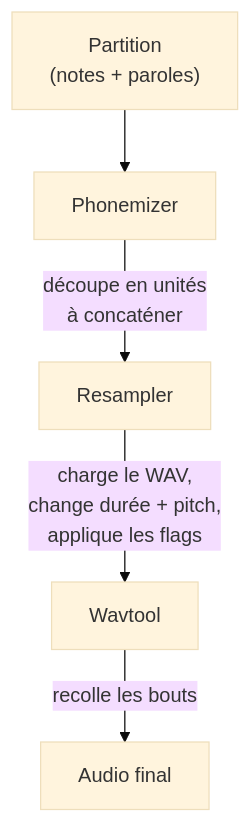
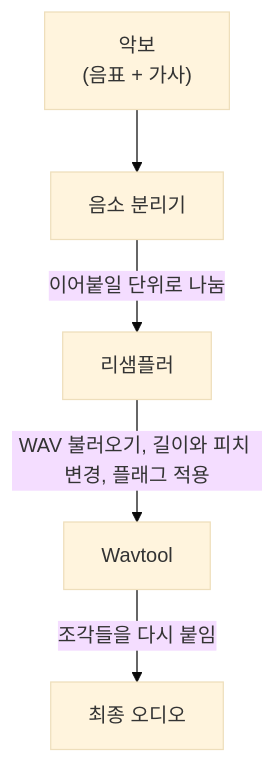
The second of 2 diagrams in public/articles/ko/utau.md (fox3000foxy/fox3000foxy.github.io), drawn with Mermaid (base theme) before and after one commit. The commit also changed other lines of this file and 576 other files, not shown here.

````diff
--- a/public/articles/ko/utau.md
+++ b/public/articles/ko/utau.md
@@ -118,7 +118,7 @@
 ```mermaid
 flowchart TD
-    A["Partition<br/>(notes + paroles)"] --> B[Phonemizer]
-    B -->|"découpe en unités<br/>à concaténer"| C[Resampler]
-    C -->|"charge le WAV,<br/>change durée + pitch,<br/>applique les flags"| D[Wavtool]
-    D -->|"recolle les bouts"| E["Audio final"]
+    A["악보<br/>(음표 + 가사)"] --> B[음소 분리기]
+    B -->|"이어붙일 단위로 나눔"| C[리샘플러]
+    C -->|"WAV 불러오기, 길이와 피치 변경, 플래그 적용"| D[Wavtool]
+    D -->|"조각들을 다시 붙임"| E["최종 오디오"]
 ```
````
